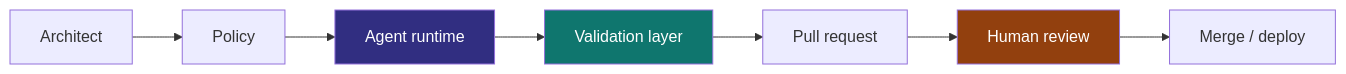
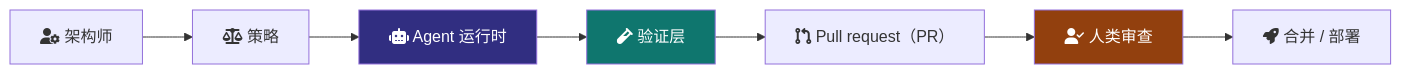
Before and after one commit to nelson-o/nelson-o.github.io: the second of 5 diagrams in content/zh-cn/ideas/agent-loops.mdx, drawn with Mermaid. The commit also changed other lines of this file and 3 other files, not shown here.

````diff
--- a/content/zh-cn/ideas/agent-loops.mdx
+++ b/content/zh-cn/ideas/agent-loops.mdx
@@ -138,13 +138,13 @@
 ```mermaid
 flowchart LR
-  A["Architect"] --> B["Policy"]
-  B --> C["Agent runtime"]
-  C --> D["Validation layer"]
-  D --> E["Pull request"]
-  E --> F["Human review"]
-  F --> G["Merge / deploy"]
+  A["fa:fa-user-gear 架构师"] --> B["fa:fa-scale-balanced 策略"]
+  B --> C["fa:fa-robot Agent 运行时"]
+  C --> D["fa:fa-vial 验证层"]
+  D --> E["fa:fa-code-pull-request Pull request（PR）"]
+  E --> F["fa:fa-user-check 人类审查"]
+  F --> G["fa:fa-rocket 合并 / 部署"]
 
   style C fill:#312e81,color:#fff
   style D fill:#0f766e,color:#fff
   style F fill:#92400e,color:#fff
 ```
````
